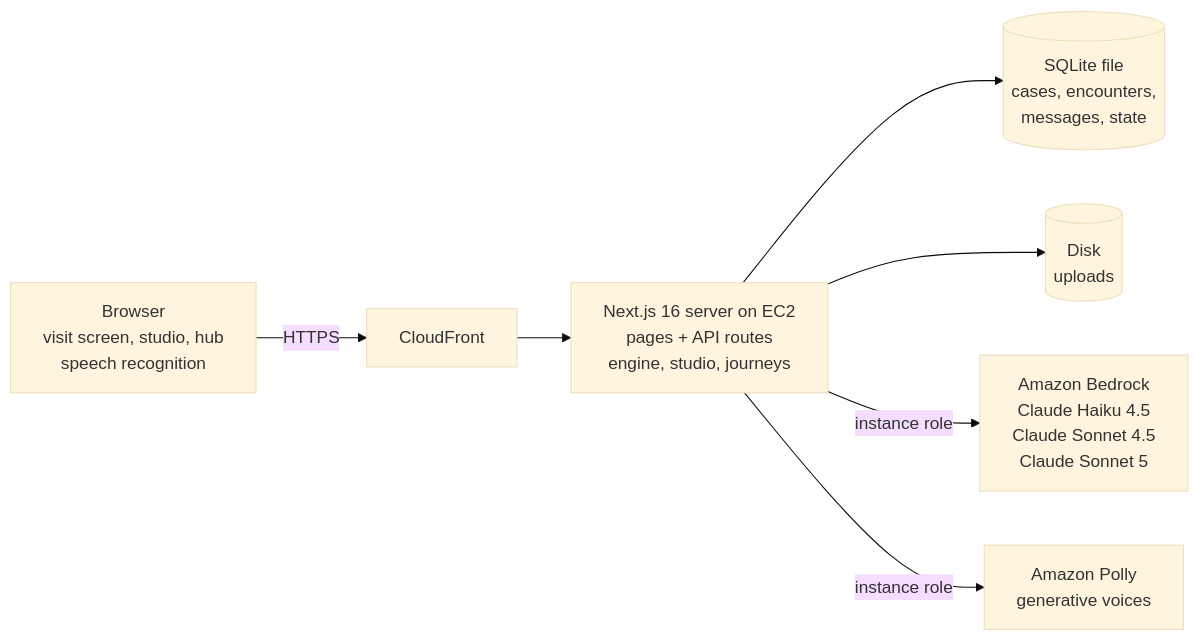
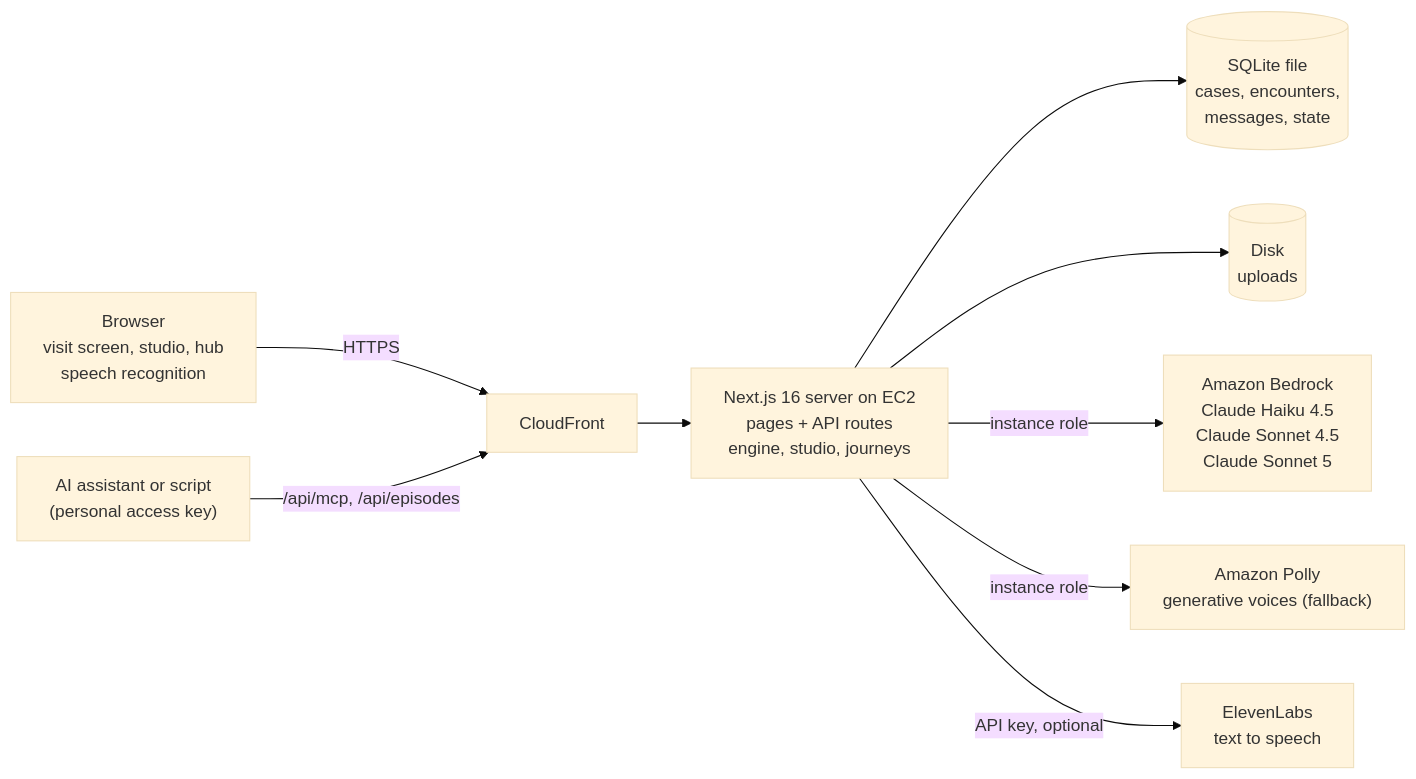
One commit to Alred-79/lowhangingfruit26 changed the first of 2 diagrams in docs/ARCHITECTURE.md. Above: the diagram before and after it, drawn with Mermaid (base theme). The commit also changed other lines of this file and 19 other files, not shown here.

````diff
--- a/docs/ARCHITECTURE.md
+++ b/docs/ARCHITECTURE.md
@@ -32,9 +32,11 @@
 ```mermaid
 flowchart LR
   B["Browser<br/>visit screen, studio, hub<br/>speech recognition"] -->|HTTPS| CF["CloudFront"]
   CF --> APP["Next.js 16 server on EC2<br/>pages + API routes<br/>engine, studio, journeys"]
   APP --> DB[("SQLite file<br/>cases, encounters,<br/>messages, state")]
   APP --> FS[("Disk<br/>uploads")]
   APP -->|instance role| BR["Amazon Bedrock<br/>Claude Haiku 4.5<br/>Claude Sonnet 4.5<br/>Claude Sonnet 5"]
-  APP -->|instance role| PO["Amazon Polly<br/>generative voices"]
+  APP -->|instance role| PO["Amazon Polly<br/>generative voices (fallback)"]
+  APP -->|API key, optional| EL["ElevenLabs<br/>text to speech"]
+  AS["AI assistant or script<br/>(personal access key)"] -->|"/api/mcp, /api/episodes"| CF
 ```
````
